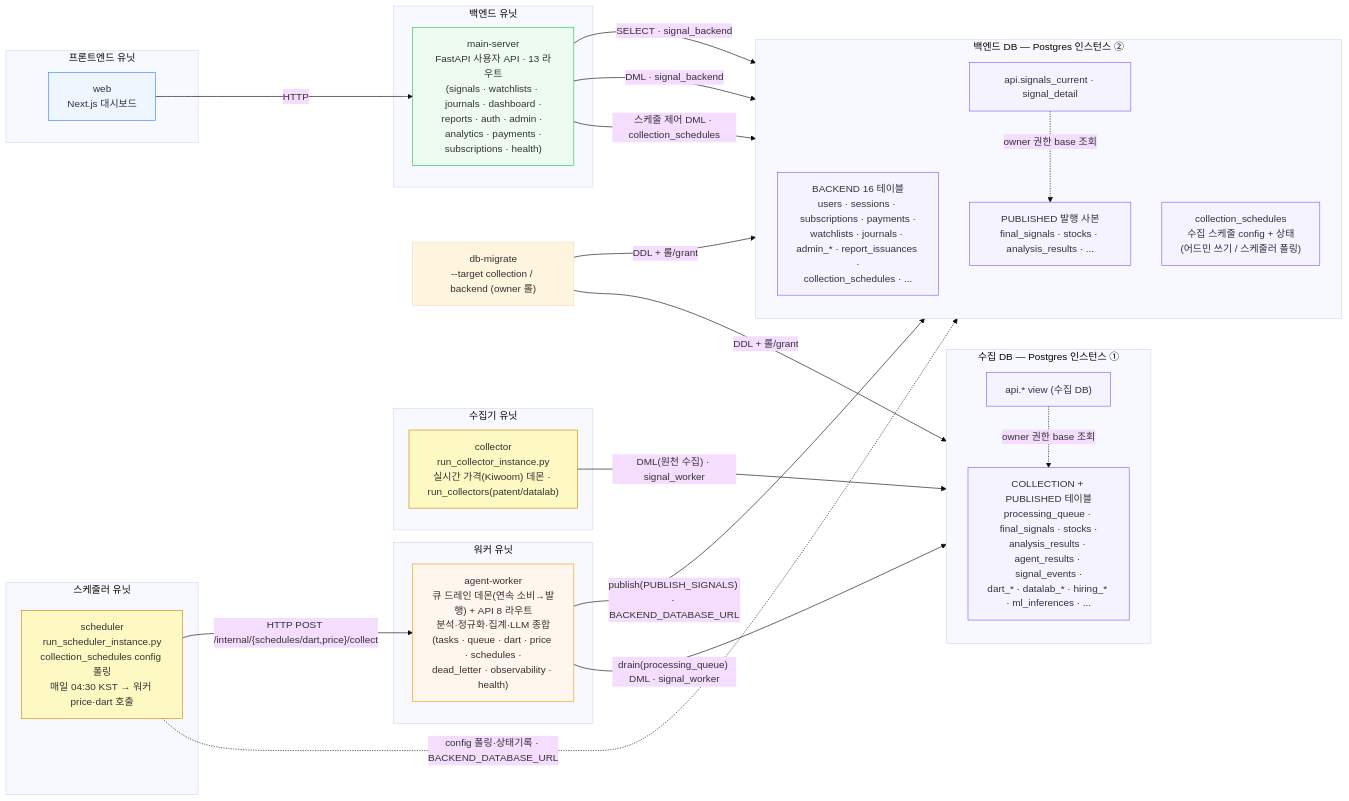
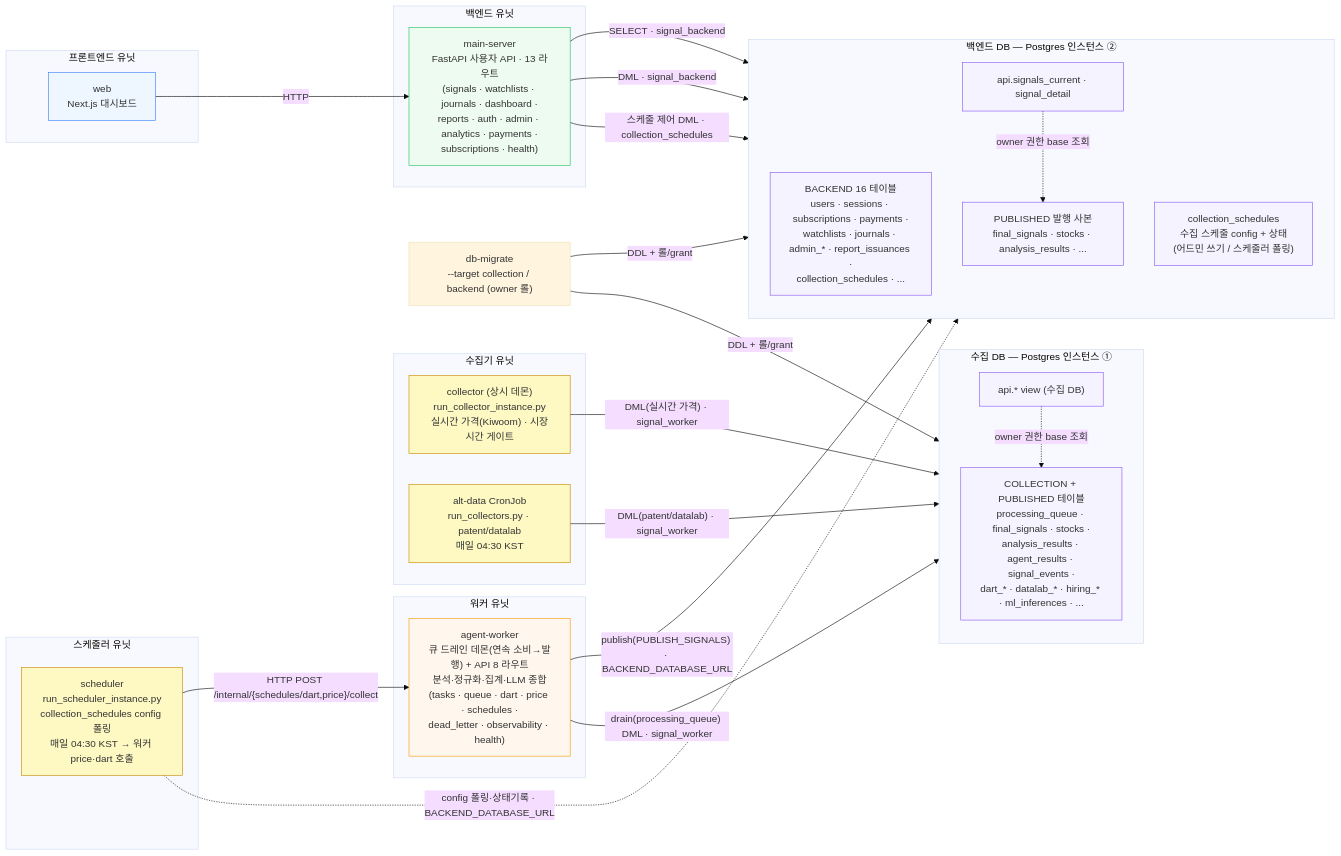
The first of 3 diagrams in docs/architecture-diagram.md (AIX14-3/signal-alpha), drawn with Mermaid (base theme) before and after one commit. The commit also changed other lines of this file and 20 other files, not shown here.

````diff
--- a/docs/architecture-diagram.md
+++ b/docs/architecture-diagram.md
@@ -18,63 +18,65 @@
 ```mermaid
 flowchart LR
     subgraph FE["프론트엔드 유닛"]
         web["web<br/>Next.js 대시보드"]
     end
 
     subgraph BE["백엔드 유닛"]
         ms["main-server<br/>FastAPI 사용자 API · 13 라우트<br/>(signals · watchlists · journals · dashboard ·<br/>reports · auth · admin · analytics · payments ·<br/>subscriptions · health)"]
     end
 
     subgraph SCH["스케줄러 유닛"]
         sch["scheduler<br/>run_scheduler_instance.py<br/>collection_schedules config 폴링<br/>매일 04:30 KST → 워커 price·dart 호출"]
     end
 
     subgraph COL["수집기 유닛"]
-        col["collector<br/>run_collector_instance.py<br/>실시간 가격(Kiwoom) 데몬 · run_collectors(patent/datalab)"]
+        col["collector (상시 데몬)<br/>run_collector_instance.py<br/>실시간 가격(Kiwoom) · 시장시간 게이트"]
+        altcron["alt-data CronJob<br/>run_collectors.py · patent/datalab<br/>매일 04:30 KST"]
     end
 
     subgraph WK["워커 유닛"]
         aw["agent-worker<br/>큐 드레인 데몬(연속 소비→발행) + API 8 라우트<br/>분석·정규화·집계·LLM 종합<br/>(tasks · queue · dart · price · schedules ·<br/>dead_letter · observability · health)"]
     end
 
     subgraph CDB["수집 DB — Postgres 인스턴스 ①"]
         direction TB
         cwt["COLLECTION + PUBLISHED 테이블<br/>processing_queue · final_signals · stocks ·<br/>analysis_results · agent_results · signal_events ·<br/>dart_* · datalab_* · hiring_* · ml_inferences · ..."]
         cv["api.* view (수집 DB)"]
         cv -. "owner 권한 base 조회" .-> cwt
     end
 
     subgraph BDB["백엔드 DB — Postgres 인스턴스 ②"]
         direction TB
         bt["BACKEND 16 테이블<br/>users · sessions · subscriptions · payments ·<br/>watchlists · journals · admin_* · report_issuances ·<br/>collection_schedules · ..."]
         bsched["collection_schedules<br/>수집 스케줄 config + 상태<br/>(어드민 쓰기 / 스케줄러 폴링)"]
         bpub["PUBLISHED 발행 사본<br/>final_signals · stocks · analysis_results · ..."]
         bv["api.signals_current · signal_detail"]
         bv -. "owner 권한 base 조회" .-> bpub
     end
 
     mig["db-migrate<br/>--target collection / backend (owner 롤)"]
 
     web -- HTTP --> ms
     ms -- "SELECT · signal_backend" --> bv
     ms -- "DML · signal_backend" --> bt
     ms -- "스케줄 제어 DML · collection_schedules" --> bsched
     sch -. "config 폴링·상태기록 · BACKEND_DATABASE_URL" .-> bsched
     sch -- "HTTP POST /internal/{schedules/dart,price}/collect" --> aw
-    col -- "DML(원천 수집) · signal_worker" --> cwt
+    col -- "DML(실시간 가격) · signal_worker" --> cwt
+    altcron -- "DML(patent/datalab) · signal_worker" --> cwt
     aw -- "drain(processing_queue) DML · signal_worker" --> cwt
     aw -- "publish(PUBLISH_SIGNALS) · BACKEND_DATABASE_URL" --> bpub
     mig -- "DDL + 롤/grant" --> CDB
     mig -- "DDL + 롤/grant" --> BDB
 
     classDef fe fill:#eef6ff,stroke:#3b82f6;
     classDef be fill:#eefbf0,stroke:#22c55e;
     classDef wk fill:#fff7ed,stroke:#f59e0b;
     classDef sd fill:#fef9c3,stroke:#ca8a04;
     classDef db fill:#f5f3ff,stroke:#8b5cf6;
     class web fe;
     class ms be;
     class aw wk;
-    class col,sch sd;
+    class col,altcron,sch sd;
     class cwt,cv,bt,bpub,bv,bsched db;
 ```
````
